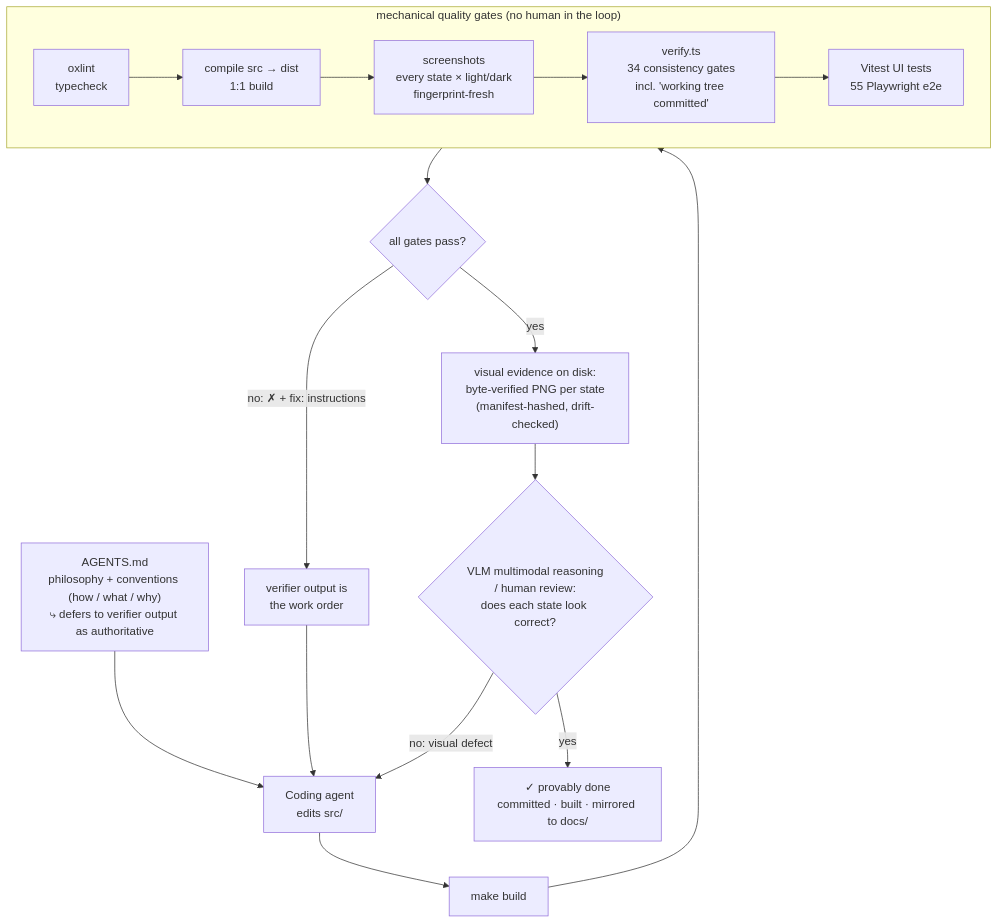
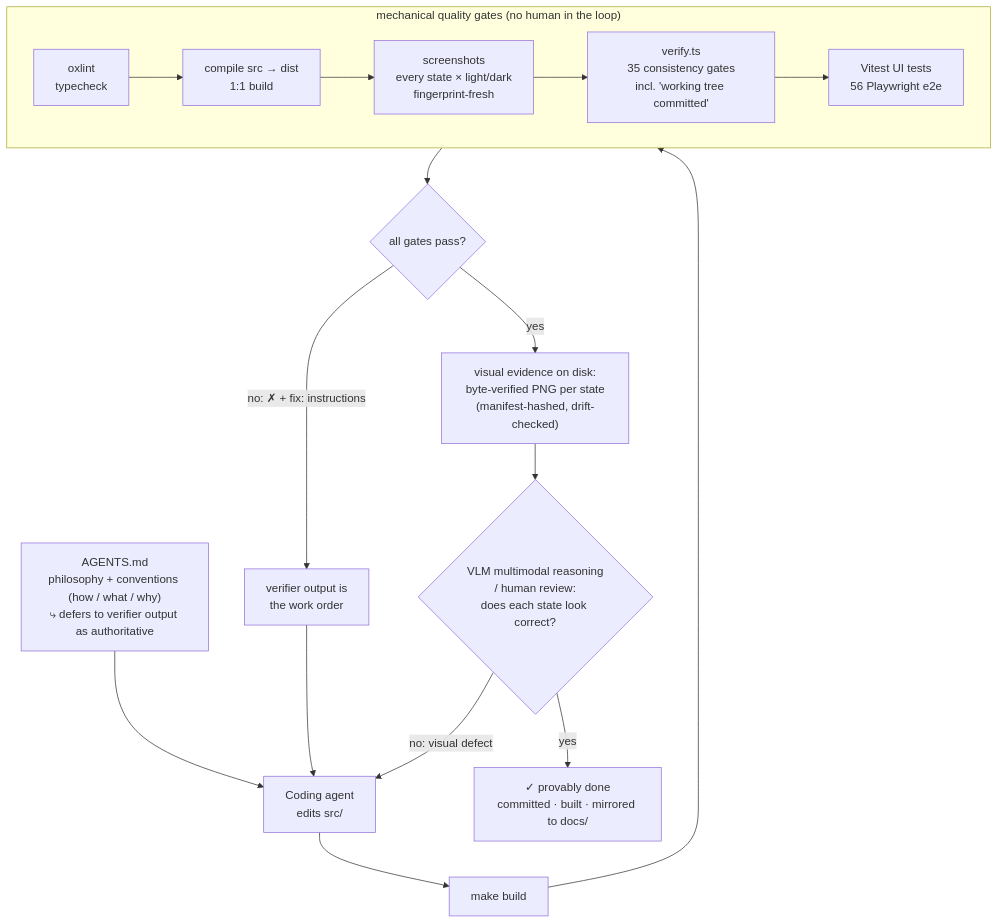
The diagram in ARCH.md (Mansi1/defuss-shadcn), drawn with Mermaid before and after one commit. The commit also changed other lines of this file and 9 other files, not shown here.

````diff
--- a/ARCH.md
+++ b/ARCH.md
@@ -101,19 +101,19 @@
 ```mermaid
 flowchart TD
     A["AGENTS.md<br/>philosophy + conventions (how / what / why)<br/>⤷ defers to verifier output as authoritative"] --> B["Coding agent<br/>edits src/"]
 
     B --> C["make build"]
     subgraph GATES["mechanical quality gates (no human in the loop)"]
         direction LR
-        L["oxlint<br/>typecheck"] --> P["compile src → dist<br/>1:1 build"] --> SS["screenshots<br/>every state × light/dark<br/>fingerprint-fresh"] --> V["verify.ts<br/>34 consistency gates<br/>incl. 'working tree committed'"] --> Q["Vitest UI tests<br/>55 Playwright e2e"]
+        L["oxlint<br/>typecheck"] --> P["compile src → dist<br/>1:1 build"] --> SS["screenshots<br/>every state × light/dark<br/>fingerprint-fresh"] --> V["verify.ts<br/>35 consistency gates<br/>incl. 'working tree committed'"] --> Q["Vitest UI tests<br/>56 Playwright e2e"]
     end
     C --> GATES
 
     Q --> W{"all gates pass?"}
     W -- "no: ✗ + fix: instructions" --> X["verifier output is<br/>the work order"] --> B
 
     W -- "yes" --> E["visual evidence on disk:<br/>byte-verified PNG per state<br/>(manifest-hashed, drift-checked)"]
     E --> M{"VLM multimodal reasoning<br/>/ human review:<br/>does each state look correct?"}
     M -- "no: visual defect" --> B
     M -- yes --> G["✓ provably done<br/>committed · built · mirrored to docs/"]
 ```
````
